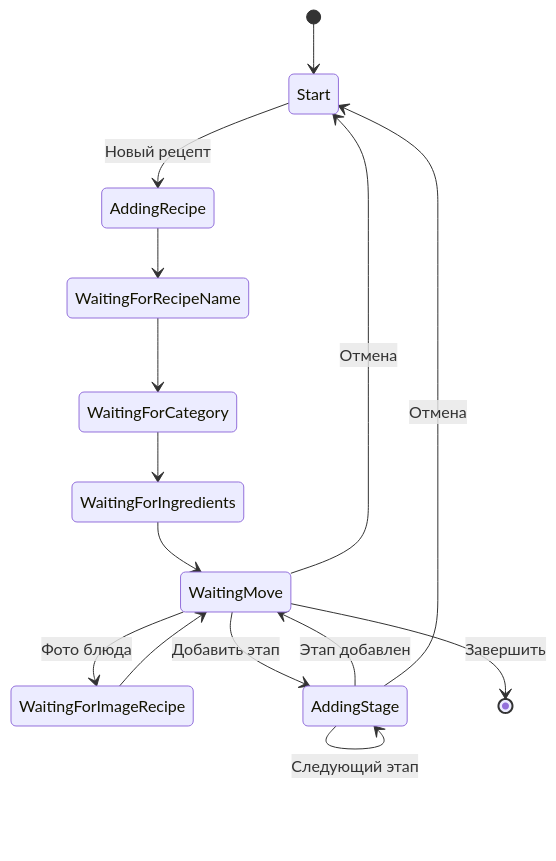
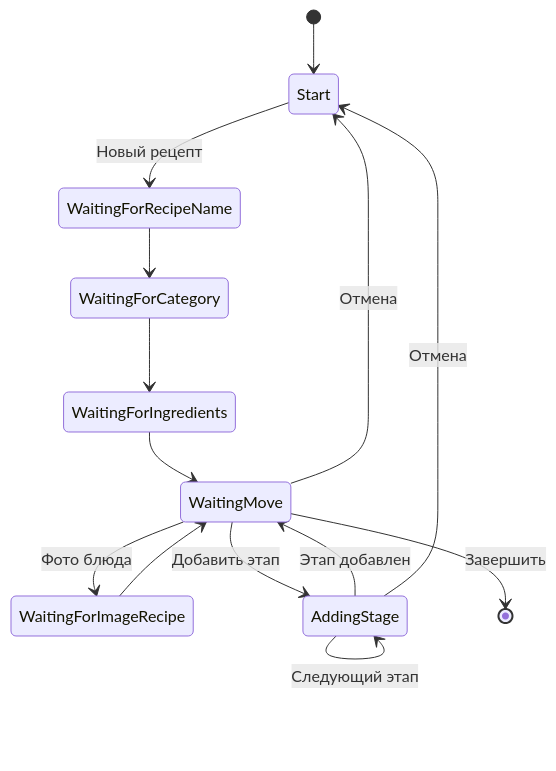
One commit to SobolevDmitrii/RecipeBot changed the third of 4 diagrams in README.md. Above: the diagram before and after it, drawn with Mermaid. The commit also changed other lines of this file and 1 other file, not shown here.

````diff
--- a/README.md
+++ b/README.md
@@ -305,23 +508,22 @@
 ```mermaid
 stateDiagram-v2
     [*] --> Start
 
-    Start --> AddingRecipe: Новый рецепт
+    Start --> WaitingForRecipeName: Новый рецепт
 
-    AddingRecipe --> WaitingForRecipeName
     WaitingForRecipeName --> WaitingForCategory
     WaitingForCategory --> WaitingForIngredients
     WaitingForIngredients --> WaitingMove
 
     WaitingMove --> WaitingForImageRecipe: Фото блюда
     WaitingMove --> AddingStage: Добавить этап
 
     WaitingForImageRecipe --> WaitingMove
 
     AddingStage --> AddingStage: Следующий этап
     AddingStage --> WaitingMove: Этап добавлен
 
     WaitingMove --> Start: Отмена
     AddingStage --> Start: Отмена
     WaitingMove --> [*]: Завершить
 ```
````
